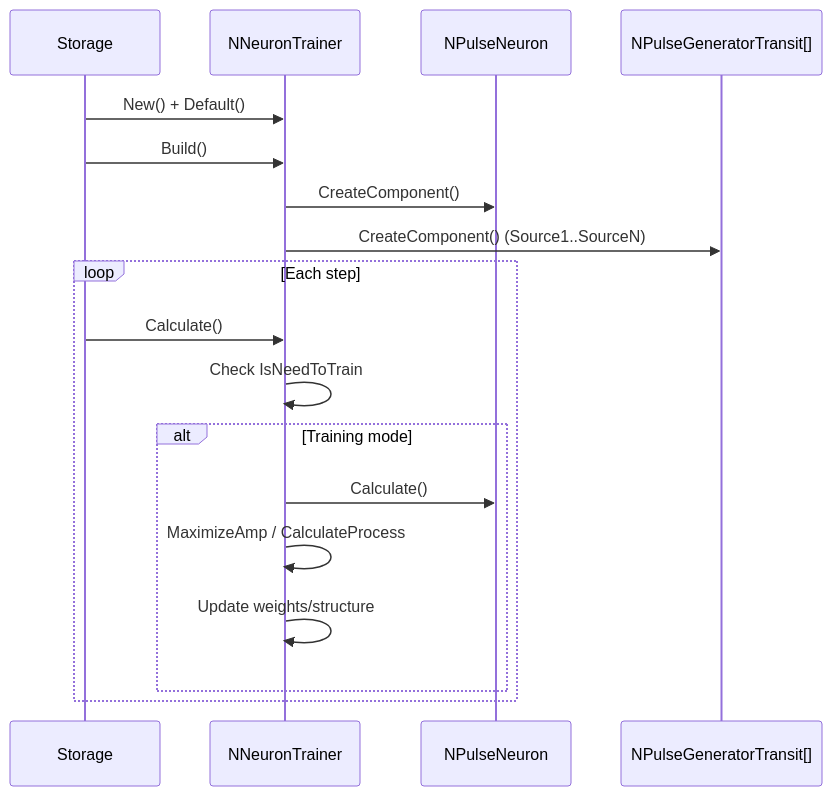
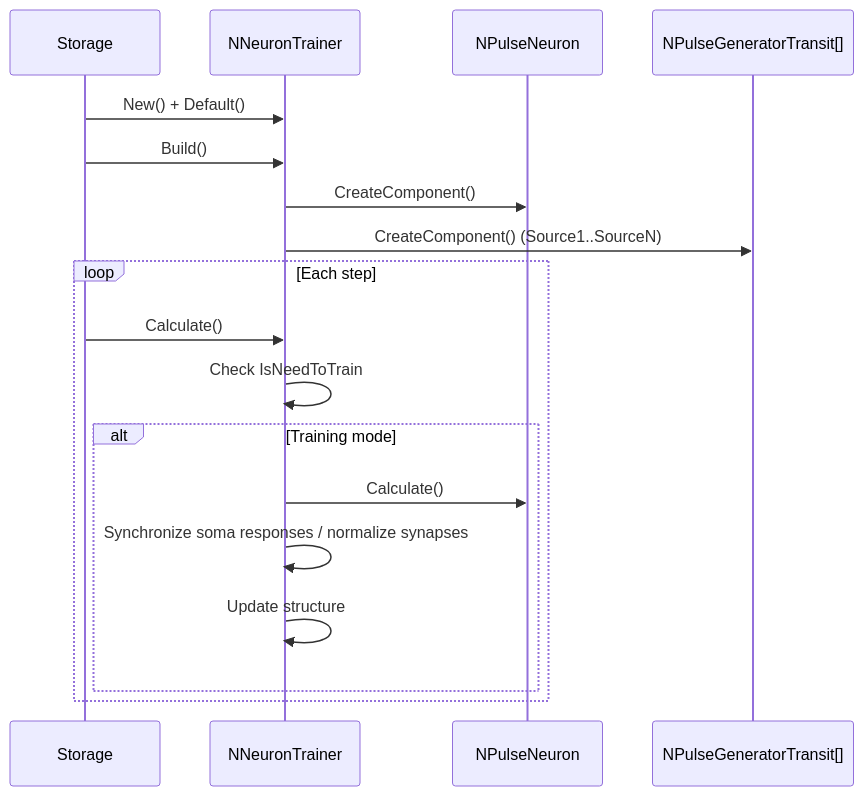
One commit to aicommunity/Nmsdk-PulseLib changed the seventh of 14 diagrams in Docs/Components/NNeuronTrainer.md. Above: the diagram before and after it, drawn with Mermaid. The commit also changed other lines of this file and 6 other files, not shown here.

````diff
--- a/Docs/Components/NNeuronTrainer.md
+++ b/Docs/Components/NNeuronTrainer.md
@@ -192,21 +190,21 @@
 ```mermaid
 sequenceDiagram
     participant Storage
     participant Trainer as NNeuronTrainer
     participant Neuron as NPulseNeuron
     participant Generators as NPulseGeneratorTransit[]
 
     Storage->>Trainer: New() + Default()
     Storage->>Trainer: Build()
     Trainer->>Neuron: CreateComponent()
     Trainer->>Generators: CreateComponent() (Source1..SourceN)
     loop Each step
         Storage->>Trainer: Calculate()
         Trainer->>Trainer: Check IsNeedToTrain
         alt Training mode
             Trainer->>Neuron: Calculate()
-            Trainer->>Trainer: MaximizeAmp / CalculateProcess
-            Trainer->>Trainer: Update weights/structure
+        Trainer->>Trainer: Synchronize soma responses / normalize synapses
+            Trainer->>Trainer: Update structure
         end
     end
 ```
````
